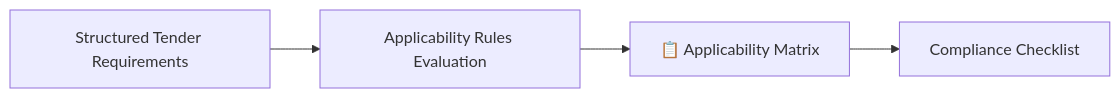
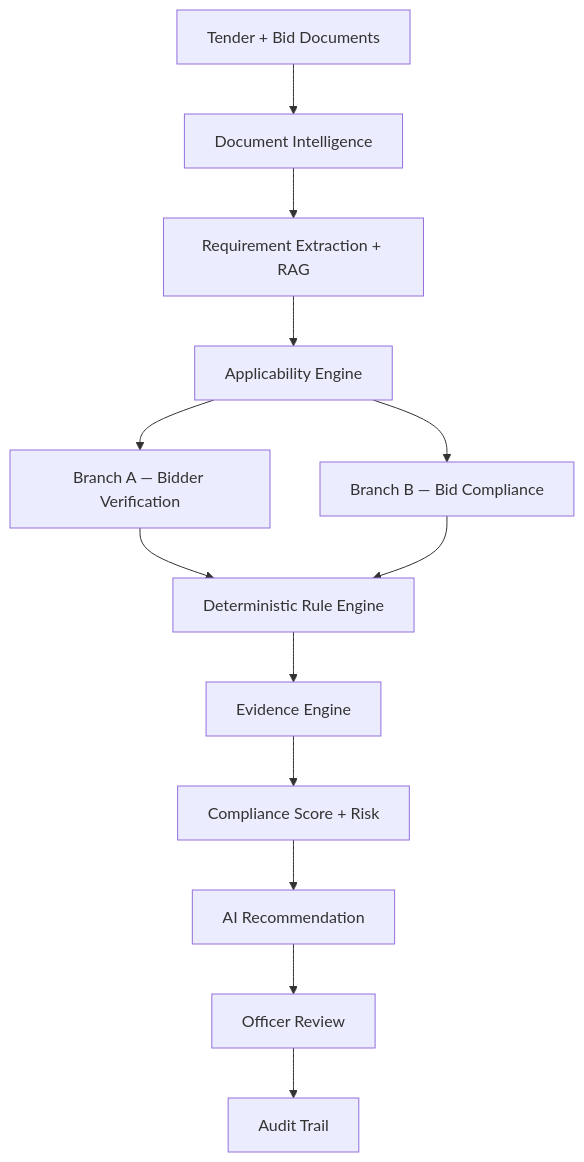
One commit to IshanWankhede/BidVerify-AI changed the first of 8 diagrams in architecture.md. Above: the diagram before and after it, drawn with Mermaid. The commit also changed other lines of this file and 11 other files, not shown here.

````diff
--- a/architecture.md
+++ b/architecture.md
@@ -102,6 +12,15 @@
 ```mermaid
-flowchart LR
-    A[Structured Tender Requirements] --> B[Applicability Rules Evaluation]
-    B --> C[📋 Applicability Matrix]
-    C --> D[Compliance Checklist]
+flowchart TD
+    A[Tender + Bid Documents] --> B[Document Intelligence]
+    B --> C[Requirement Extraction + RAG]
+    C --> D[Applicability Engine]
+    D --> E["Branch A — Bidder Verification"]
+    D --> F["Branch B — Bid Compliance"]
+    E --> G[Deterministic Rule Engine]
+    F --> G
+    G --> H[Evidence Engine]
+    H --> I[Compliance Score + Risk]
+    I --> J[AI Recommendation]
+    J --> K[Officer Review]
+    K --> L[Audit Trail]
 ```
````
